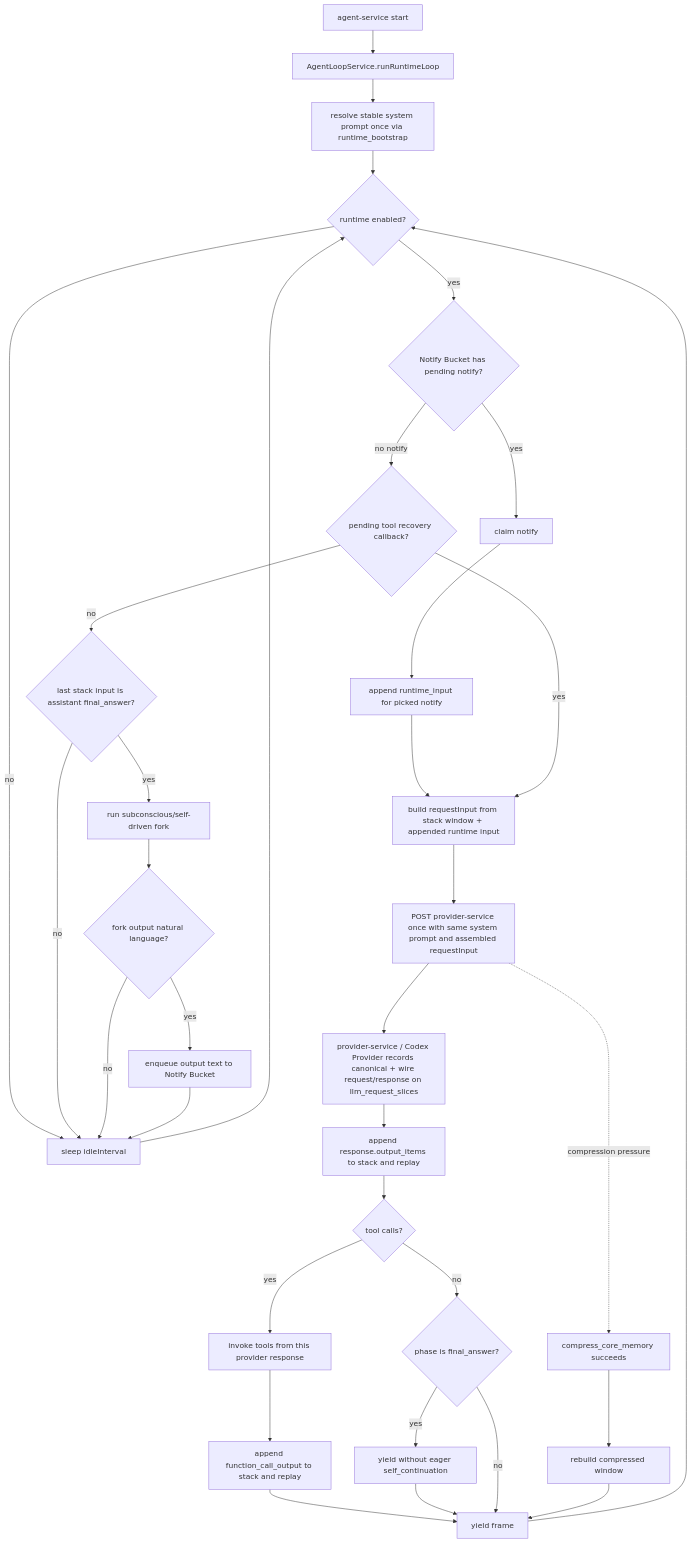
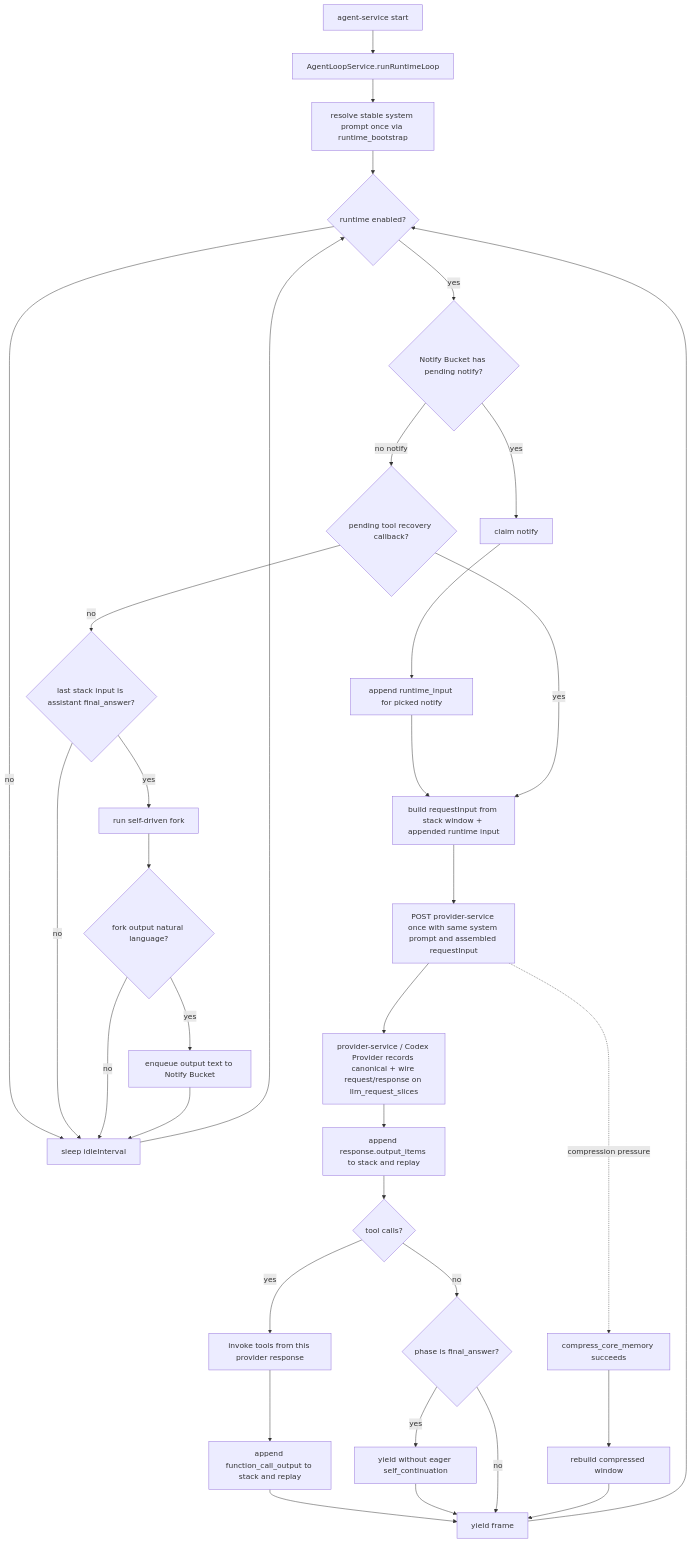
Before and after one commit to Hei-AI/xiaoni_cc: the diagram in docs/XIAONI_AGENT_STACK_LEDGER.md, drawn with Mermaid. The commit also changed other lines of this file and 4 other files, not shown here.

First line of the commit message:
chore(naming): 工程侧把 subconscious/潜意识 fork 改称「自驱动 fork」(self-driven)

````diff
--- a/docs/XIAONI_AGENT_STACK_LEDGER.md
+++ b/docs/XIAONI_AGENT_STACK_LEDGER.md
@@ -45,36 +45,36 @@
 ```mermaid
 flowchart TD
   A[agent-service start] --> B[AgentLoopService.runRuntimeLoop]
   B --> C[resolve stable system prompt once via runtime_bootstrap]
   C --> D{runtime enabled?}
   D -- no --> E[sleep idleInterval]
   E --> D
   D -- yes --> F{Notify Bucket has pending notify?}
   F -- yes --> G[claim notify]
   F -- no notify --> I{pending tool recovery callback?}
   G --> J[append runtime_input for picked notify]
   J --> K[build requestInput from stack window + appended runtime input]
   I -- yes --> K
   I -- no --> Q{last stack input is assistant final_answer?}
-  Q -- yes --> W[run subconscious/self-driven fork]
+  Q -- yes --> W[run self-driven fork]
   Q -- no --> E
   W --> Y{fork output natural language?}
   Y -- yes --> Z[enqueue output text to Notify Bucket]
   Y -- no --> E
   Z --> E
   K --> L[POST provider-service once with same system prompt and assembled requestInput]
   L --> X[provider-service / Codex Provider records canonical + wire request/response on llm_request_slices]
   X --> M[append response.output_items to stack and replay]
   M --> N{tool calls?}
   N -- yes --> O[invoke tools from this provider response]
   O --> P[append function_call_output to stack and replay]
   P --> V[yield frame]
   N -- no --> R{phase is final_answer?}
   R -- yes --> S[yield without eager self_continuation]
   S --> V
   R -- no --> V
   V --> D
   L -. compression pressure .-> T[compress_core_memory succeeds]
   T --> U[rebuild compressed window]
   U --> V
 ```
````
